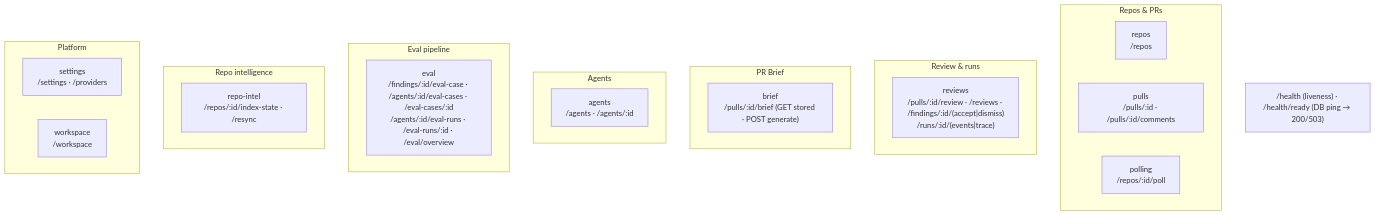
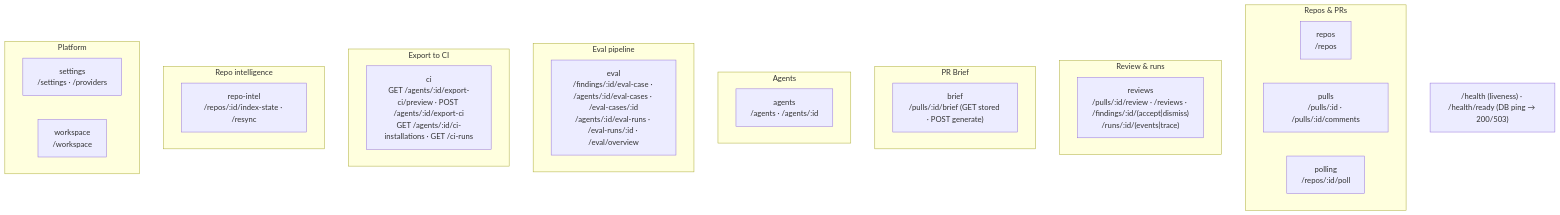
The second of 2 diagrams in server/README.md (DanceWithBikes/dev-digest), drawn with Mermaid before and after one commit. The commit also changed other lines of this file and 107 other files, not shown here.

First line of the commit message:
feat(ci): export a studio agent to GitHub Actions and ingest its CI runs (SPEC-05)

````diff
--- a/server/README.md
+++ b/server/README.md
@@ -64,28 +64,31 @@
 ```mermaid
 flowchart TB
   subgraph Repos_PRs["Repos & PRs"]
     repos["repos<br/>/repos"]
     pulls["pulls<br/>/pulls/:id · /pulls/:id/comments"]
     polling["polling<br/>/repos/:id/poll"]
   end
   subgraph Review["Review & runs"]
     reviews["reviews<br/>/pulls/:id/review · /reviews · /findings/:id/(accept|dismiss)<br/>/runs/:id/(events|trace)"]
   end
   subgraph Brief["PR Brief"]
     brief["brief<br/>/pulls/:id/brief (GET stored · POST generate)"]
   end
   subgraph Agents["Agents"]
     agents["agents<br/>/agents · /agents/:id"]
   end
   subgraph Eval["Eval pipeline"]
     evalMod["eval<br/>/findings/:id/eval-case · /agents/:id/eval-cases · /eval-cases/:id<br/>/agents/:id/eval-runs · /eval-runs/:id · /eval/overview"]
   end
+  subgraph CiExport["Export to CI"]
+    ciMod["ci<br/>GET /agents/:id/export-ci/preview · POST /agents/:id/export-ci<br/>GET /agents/:id/ci-installations · GET /ci-runs"]
+  end
   subgraph Intel["Repo intelligence"]
     repoIntel["repo-intel<br/>/repos/:id/index-state · /resync"]
   end
   subgraph Platform["Platform"]
     settings["settings<br/>/settings · /providers"]
     workspace["workspace<br/>/workspace"]
   end
   HEALTH["/health (liveness) · /health/ready (DB ping → 200/503)"]
 ```
````
